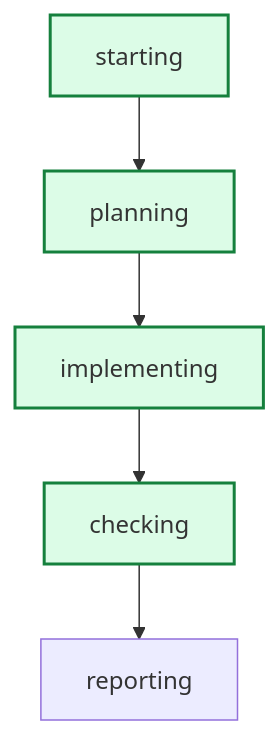
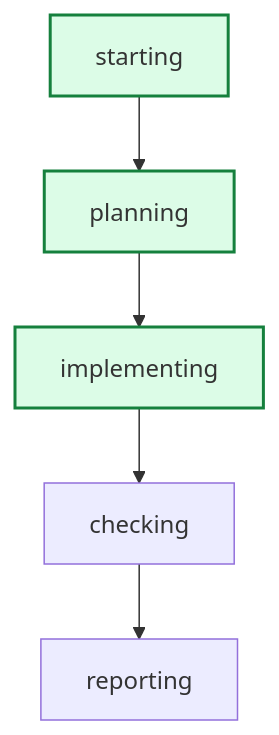
Before and after one commit to daniell0gda/hermes-feature-check-dashboard: the diagram in latest/graph.mmd, drawn with Mermaid. The commit also changed 22 other files, not shown here.

```diff
--- a/latest/graph.mmd
+++ b/latest/graph.mmd
@@ -1,13 +1,12 @@
 graph TD
     starting --> planning
     planning --> implementing
     implementing --> checking
     checking --> reporting
 
 classDef done fill:#dcfce7,stroke:#15803d,stroke-width:2px;
 classDef active fill:#dbeafe,stroke:#2563eb,stroke-width:3px;
 classDef failed fill:#fee2e2,stroke:#b42318,stroke-width:2px;
+class planning done;
 class implementing done;
-class checking done;
-class planning done;
 class starting done;
```
